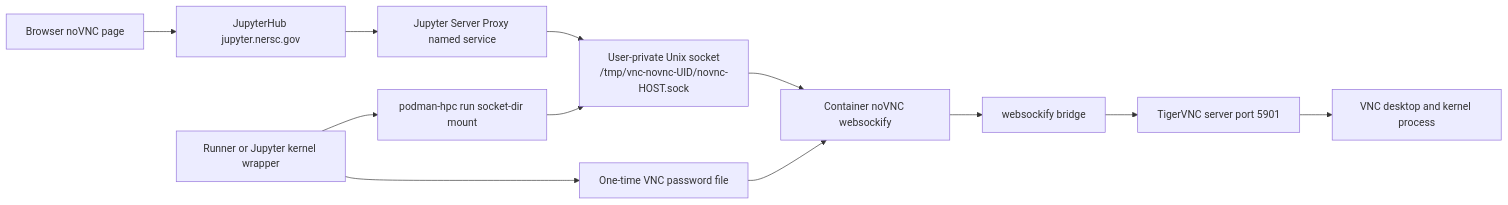
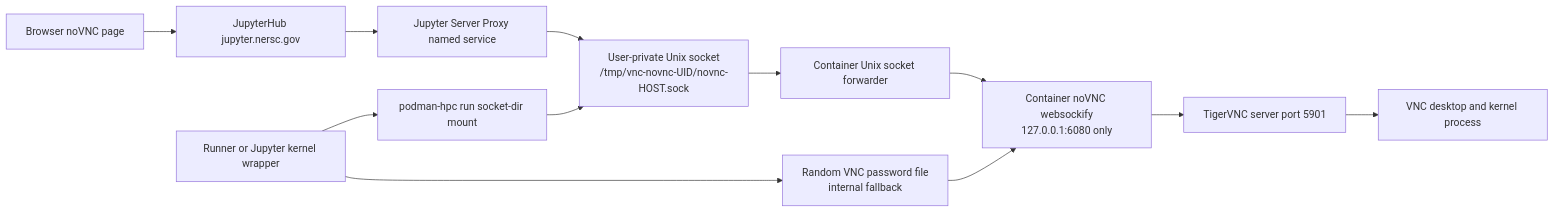
One commit to NERSC/perlmutter-desktop-containers changed the fourth of 4 diagrams in README.md. Above: the diagram before and after it, drawn with Mermaid. The commit also changed other lines of this file and 1 other file, not shown here.

Commit message:
Add ParaView to openSUSE noVNC image

````diff
--- a/README.md
+++ b/README.md
@@ -499,27 +503,27 @@
 ```mermaid
 flowchart LR
     browser[Browser noVNC page]
     hub[JupyterHub jupyter.nersc.gov]
     proxy[Jupyter Server Proxy named service]
     socket[User-private Unix socket<br/>/tmp/vnc-novnc-UID/novnc-HOST.sock]
-    novnc[Container noVNC websockify]
-    bridge[websockify bridge]
+    unixproxy[Container Unix socket forwarder]
+    novnc[Container noVNC websockify<br/>127.0.0.1:6080 only]
     vnc[TigerVNC server port 5901]
     desktop[VNC desktop and kernel process]
     wrapper[Runner or Jupyter kernel wrapper]
     podman[podman-hpc run socket-dir mount]
-    password[One-time VNC password file]
+    password[Random VNC password file<br/>internal fallback]
 
     browser --> hub
     hub --> proxy
     proxy --> socket
-    socket --> novnc
-    novnc --> bridge
-    bridge --> vnc
+    socket --> unixproxy
+    unixproxy --> novnc
+    novnc --> vnc
     vnc --> desktop
 
     wrapper --> podman
     podman --> socket
     wrapper --> password
     password --> novnc
 ```
````
